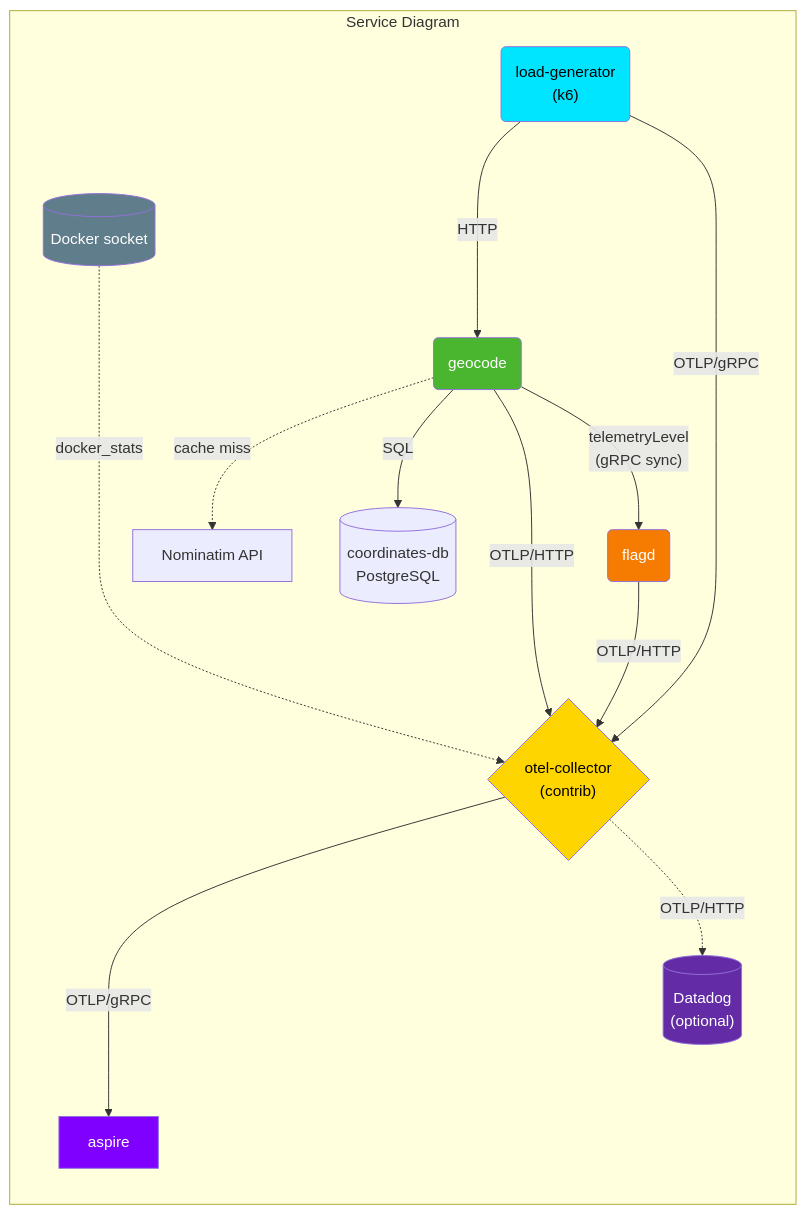
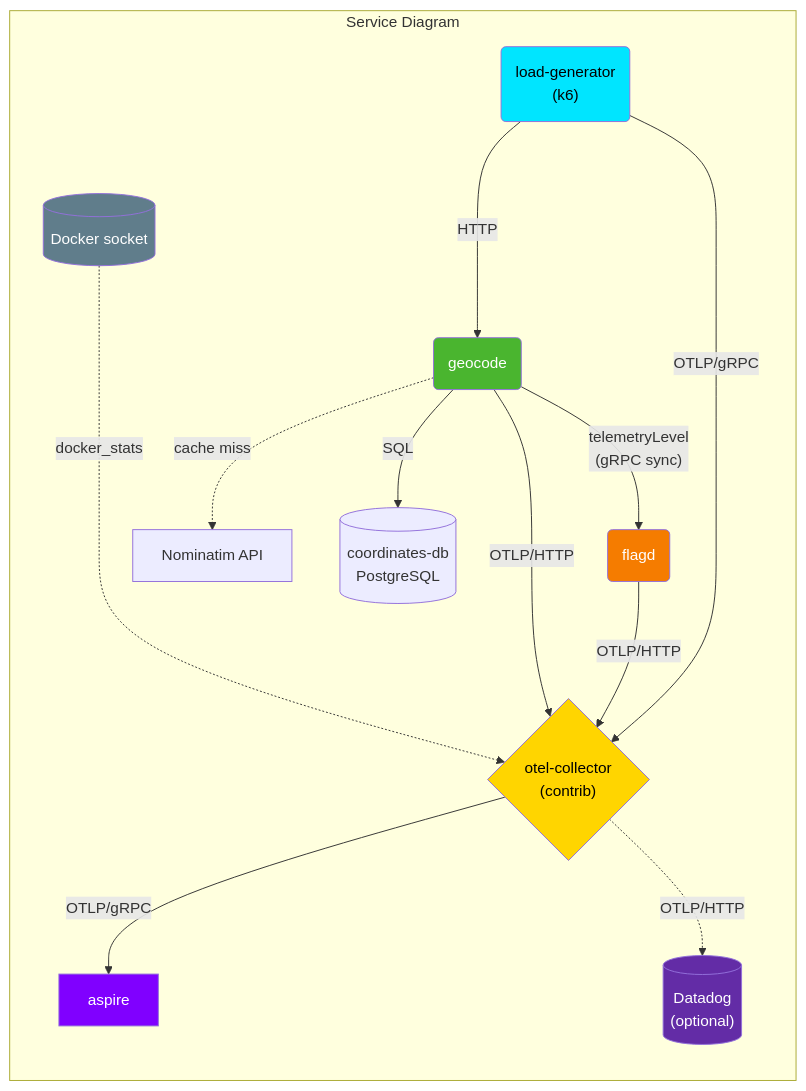
One commit to OTelFeature/poc changed the diagram in README.md. Above: the diagram before and after it, drawn with Mermaid.

Commit message:
Fix arrow direction for otelcol to aspire

````diff
--- a/README.md
+++ b/README.md
@@ -10,33 +10,33 @@
 ```mermaid
 flowchart LR
     classDef load fill:#00e5ff,color:black;
     classDef geocode fill:#4ab52f,color:white;
     classDef otelcol fill:#ffd500,color:black;
     classDef aspire fill:#8000ff,color:white;
     classDef docker fill:#607d8b,color:white;
     classDef flagd fill:#f57c00,color:white;
     classDef datadog fill:#632ca6,color:white;
 
 
     subgraph Service Diagram
         load("load-generator<br/>(k6)"):::load
         geocode(geocode):::geocode
         flagd(flagd):::flagd
         otelcol{"otel-collector<br/>(contrib)"}:::otelcol
         docker[("Docker socket")]:::docker
         coordinates[(coordinates-db<br/>PostgreSQL)]
         aspire[aspire]:::aspire
         datadog[("Datadog<br/>(optional)")]:::datadog
 
         load --->|HTTP| geocode
         load -->|OTLP/gRPC| otelcol
         docker -...->|docker_stats| otelcol
         geocode -.->|cache miss| nominatim["Nominatim API"]
         geocode -->|SQL| coordinates
         geocode -->|OTLP/HTTP| otelcol
         geocode -->|"telemetryLevel<br/>(gRPC sync)"| flagd
         flagd -->|OTLP/HTTP| otelcol
-        otelcol --->|OTLP/gRPC| aspire
+        otelcol -->|OTLP/gRPC| aspire
         otelcol -.->|OTLP/HTTP| datadog
     end
 ```
````
